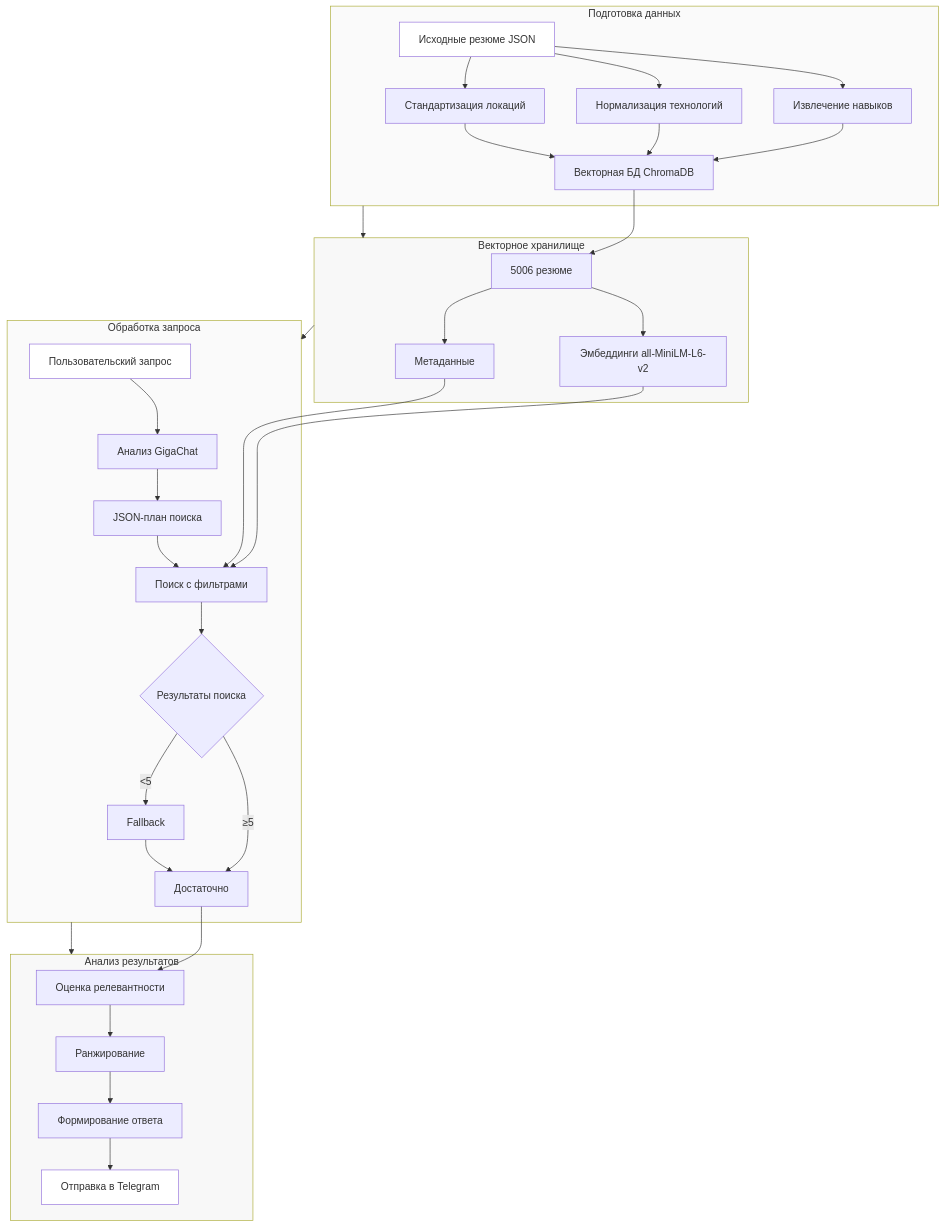
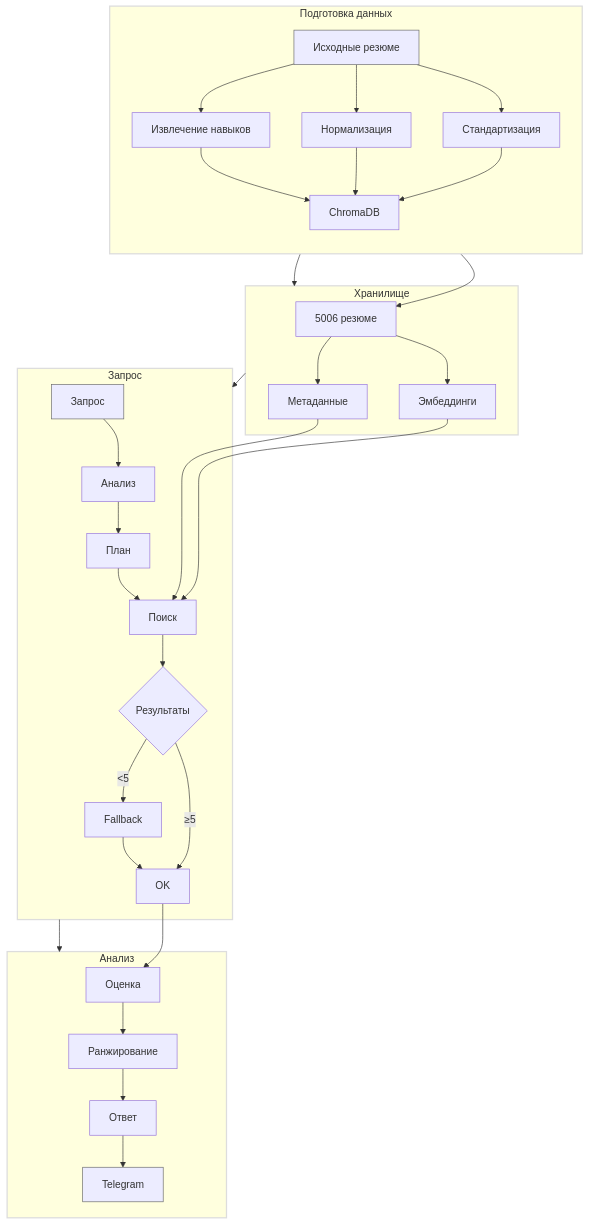
The second of 2 diagrams in README.md (7Lainero7/Study_AI_analytic_CV), drawn with Mermaid before and after one commit.

````diff
--- a/README.md
+++ b/README.md
@@ -124,48 +124,49 @@
 ```mermaid
 flowchart TD
     subgraph DataPrep[Подготовка данных]
-        A[Исходные резюме JSON] --> B[Извлечение навыков]
-        A --> C[Нормализация технологий]
-        A --> D[Стандартизация локаций]
-        B --> E[Векторная БД ChromaDB]
+        direction TB
+        A[Исходные резюме] --> B[Извлечение навыков]
+        A --> C[Нормализация]
+        A --> D[Стандартизация]
+        B --> E[ChromaDB]
         C --> E
         D --> E
     end
     
-    subgraph VectorDB[Векторное хранилище]
+    subgraph VectorDB[Хранилище]
         E --> F[5006 резюме]
-        F --> G[Эмбеддинги all-MiniLM-L6-v2]
+        F --> G[Эмбеддинги]
         F --> H[Метаданные]
     end
     
-    subgraph QueryFlow[Обработка запроса]
-        I[Пользовательский запрос] --> J[Анализ GigaChat]
-        J --> K[JSON-план поиска]
-        K --> L[Поиск с фильтрами]
+    subgraph QueryFlow[Запрос]
+        I[Запрос] --> J[Анализ]
+        J --> K[План]
+        K --> L[Поиск]
         G --> L
         H --> L
-        L --> M{Результаты поиска}
-        M -->|≥5| N[Достаточно]
+        L --> M{Результаты}
+        M -->|≥5| N[OK]
         M -->|<5| O[Fallback]
         O --> N
     end
     
-    subgraph Analysis[Анализ результатов]
-        N --> P[Оценка релевантности]
+    subgraph Analysis[Анализ]
+        N --> P[Оценка]
         P --> Q[Ранжирование]
-        Q --> R[Формирование ответа]
-        R --> S[Отправка в Telegram]
+        Q --> R[Ответ]
+        R --> S[Telegram]
     end
     
     DataPrep --> VectorDB
     VectorDB --> QueryFlow
     QueryFlow --> Analysis
 
-    style DataPrep fill:#fafafa
-    style VectorDB fill:#f8f8f8
-    style QueryFlow fill:#fafafa
-    style Analysis fill:#f8f8f8
-    style A fill:#ffffff
-    style I fill:#ffffff
-    style S fill:#ffffff
+    style DataPrep stroke:#ddd,stroke-width:2px
+    style VectorDB stroke:#ddd,stroke-width:2px
+    style QueryFlow stroke:#ddd,stroke-width:2px
+    style Analysis stroke:#ddd,stroke-width:2px
+    style A stroke:#666,stroke-width:1px
+    style I stroke:#666,stroke-width:1px
+    style S stroke:#666,stroke-width:1px
 ```
````
